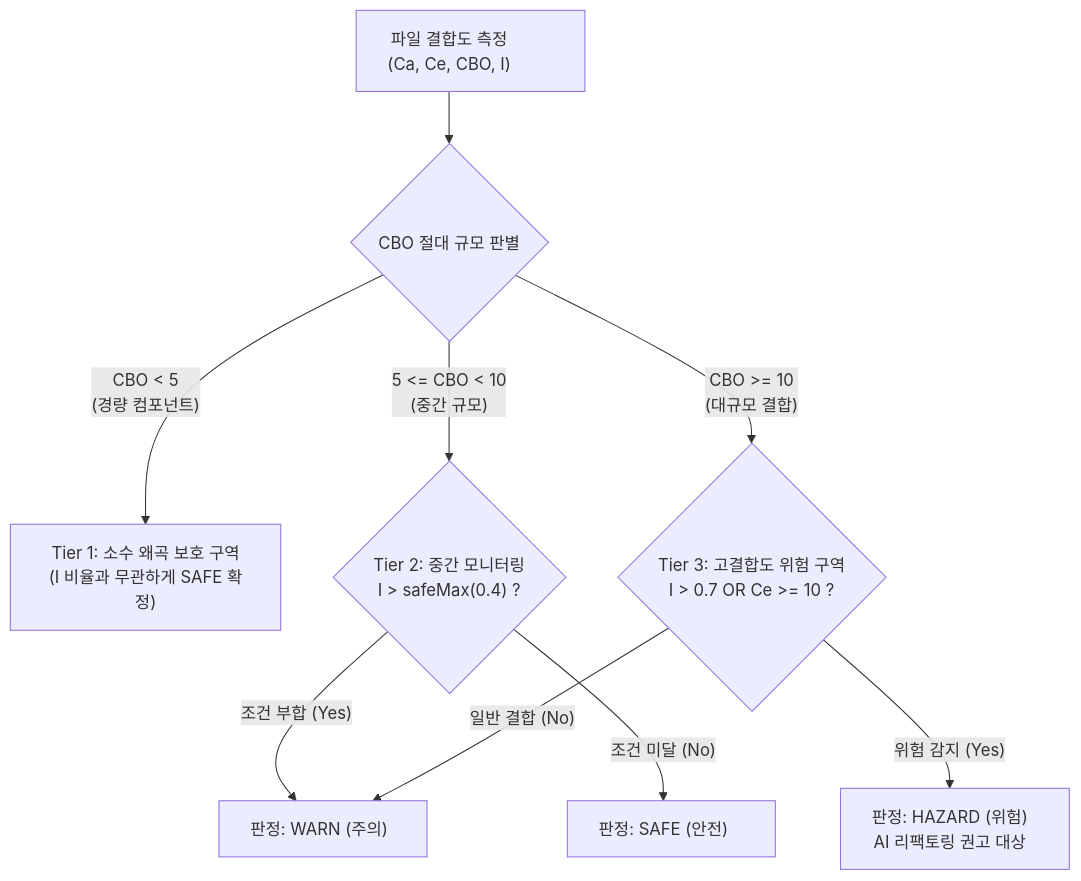
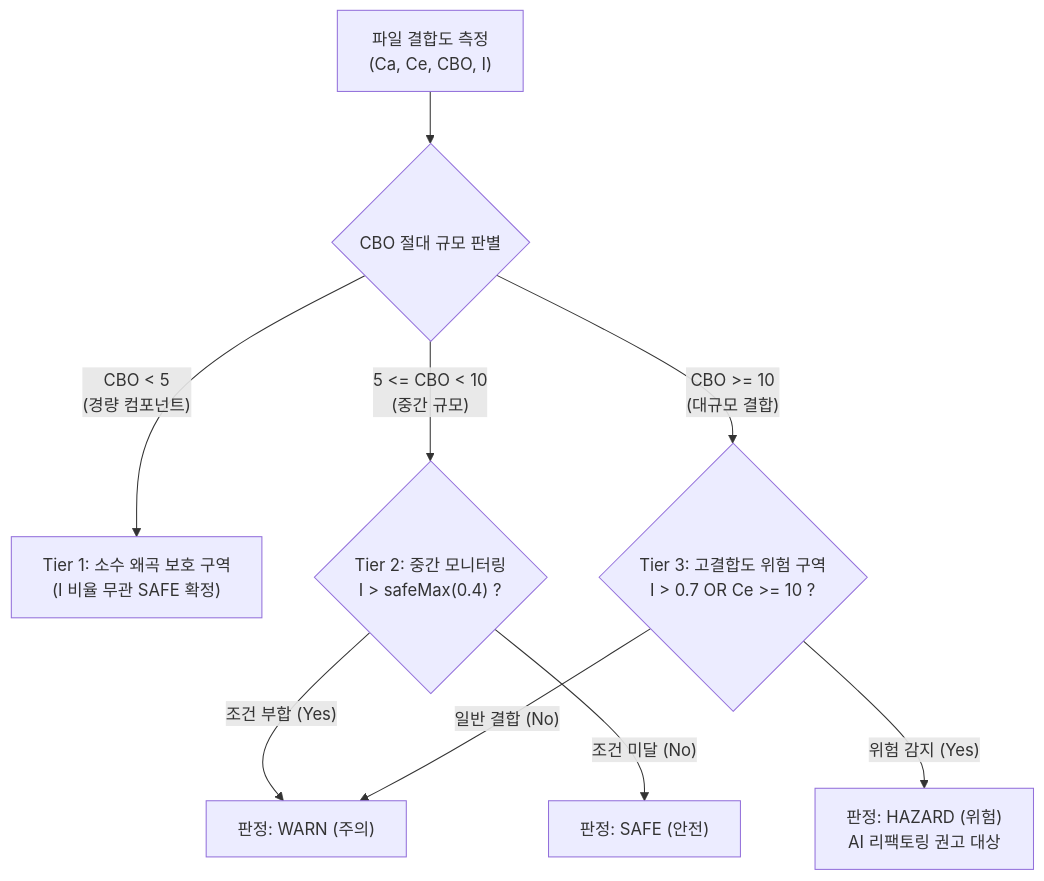
One commit to Jiin5906/CodeDiagram changed the diagram in docs/metrics-spec.md. Above: the diagram before and after it, drawn with Mermaid. The commit also changed 3 other files, not shown here.

````diff
--- a/docs/metrics-spec.md
+++ b/docs/metrics-spec.md
@@ -25,23 +25,14 @@
 ```mermaid
 flowchart TD
     Start["파일 결합도 측정<br/>(Ca, Ce, CBO, I)"] --> CheckCBO{"CBO 절대 규모 판별"}
     
-    CheckCBO -- "CBO < 5<br/>(경량 컴포넌트)" --> Tier1["Tier 1: 소수 왜곡 보호 구역<br/>(I 비율과 무관하게 SAFE 확정)"]
+    CheckCBO -- "CBO < 5<br/>(경량 컴포넌트)" --> Tier1["Tier 1: 소수 왜곡 보호 구역<br/>(I 비율 무관 SAFE 확정)"]
     CheckCBO -- "5 <= CBO < 10<br/>(중간 규모)" --> Tier2{"Tier 2: 중간 모니터링<br/>I > safeMax(0.4) ?"}
     CheckCBO -- "CBO >= 10<br/>(대규모 결합)" --> Tier3{"Tier 3: 고결합도 위험 구역<br/>I > 0.7 OR Ce >= 10 ?"}
 
     Tier2 -- "조건 부합 (Yes)" --> StatusWarn["판정: WARN (주의)"]
     Tier2 -- "조건 미달 (No)" --> StatusSafe["판정: SAFE (안전)"]
 
     Tier3 -- "위험 감지 (Yes)" --> StatusHazard["판정: HAZARD (위험)<br/>AI 리팩토링 권고 대상"]
     Tier3 -- "일반 결합 (No)" --> StatusWarn
-
-    style Start width:220px
-    style CheckCBO width:220px
-    style Tier1 width:260px
-    style Tier2 width:240px
-    style Tier3 width:260px
-    style StatusWarn width:200px
-    style StatusSafe width:200px
-    style StatusHazard width:220px
 ```
````
